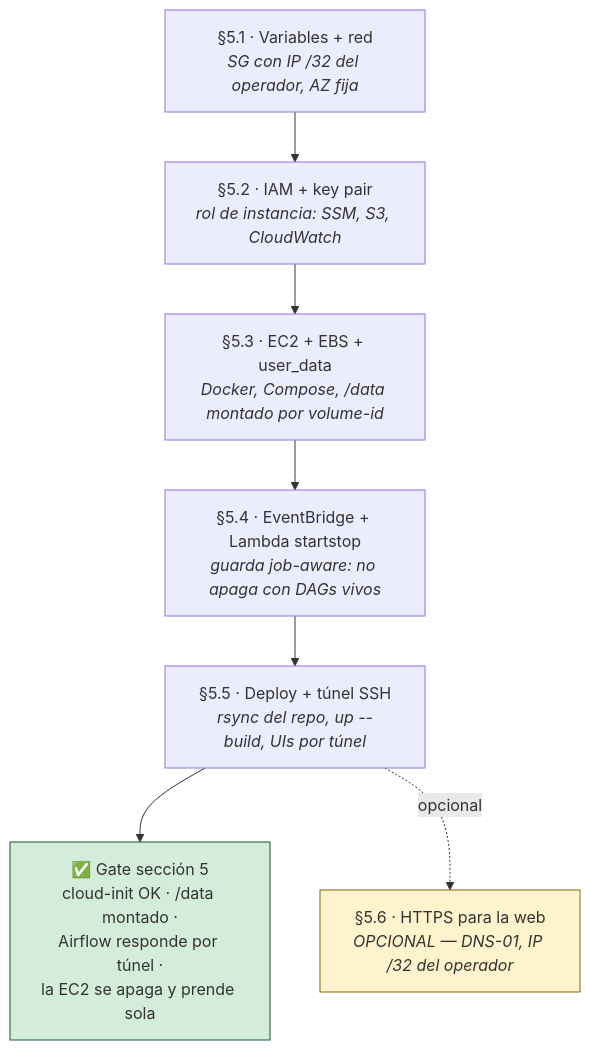
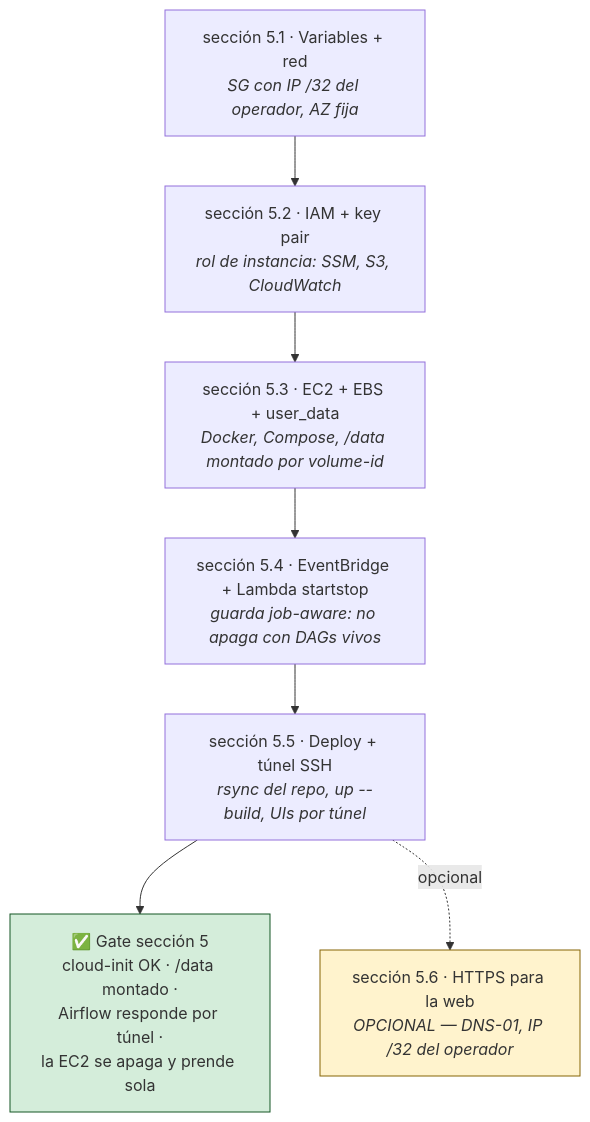
Before and after one commit to abantodca/pyspark_stack: the third of 10 diagrams in docs/02-produccion-aws-terraform.md, drawn with Mermaid. The commit also changed other lines of this file and 1 other file, not shown here.

````diff
--- a/docs/02-produccion-aws-terraform.md
+++ b/docs/02-produccion-aws-terraform.md
@@ -1108,16 +1104,16 @@
 ```mermaid
 flowchart TD
-    S1["§5.1 · Variables + red<br/><i>SG con IP /32 del operador, AZ fija</i>"]
-    S2["§5.2 · IAM + key pair<br/><i>rol de instancia: SSM, S3, CloudWatch</i>"]
-    S3["§5.3 · EC2 + EBS + user_data<br/><i>Docker, Compose, /data montado por volume-id</i>"]
-    S4["§5.4 · EventBridge + Lambda startstop<br/><i>guarda job-aware: no apaga con DAGs vivos</i>"]
-    S5["§5.5 · Deploy + túnel SSH<br/><i>rsync del repo, up --build, UIs por túnel</i>"]
-    S6["§5.6 · HTTPS para la web<br/><i>OPCIONAL — DNS-01, IP /32 del operador</i>"]
+    S1["sección 5.1 · Variables + red<br/><i>SG con IP /32 del operador, AZ fija</i>"]
+    S2["sección 5.2 · IAM + key pair<br/><i>rol de instancia: SSM, S3, CloudWatch</i>"]
+    S3["sección 5.3 · EC2 + EBS + user_data<br/><i>Docker, Compose, /data montado por volume-id</i>"]
+    S4["sección 5.4 · EventBridge + Lambda startstop<br/><i>guarda job-aware: no apaga con DAGs vivos</i>"]
+    S5["sección 5.5 · Deploy + túnel SSH<br/><i>rsync del repo, up --build, UIs por túnel</i>"]
+    S6["sección 5.6 · HTTPS para la web<br/><i>OPCIONAL — DNS-01, IP /32 del operador</i>"]
     GATE["✅ Gate sección 5<br/>cloud-init OK · /data montado ·<br/>Airflow responde por túnel ·<br/>la EC2 se apaga y prende sola"]
 
     S1 --> S2 --> S3 --> S4 --> S5 --> GATE
     S5 -.opcional.-> S6
 
     style GATE fill:#d4edda,stroke:#155724
     style S6 fill:#fff3cd,stroke:#856404
 ```
````
